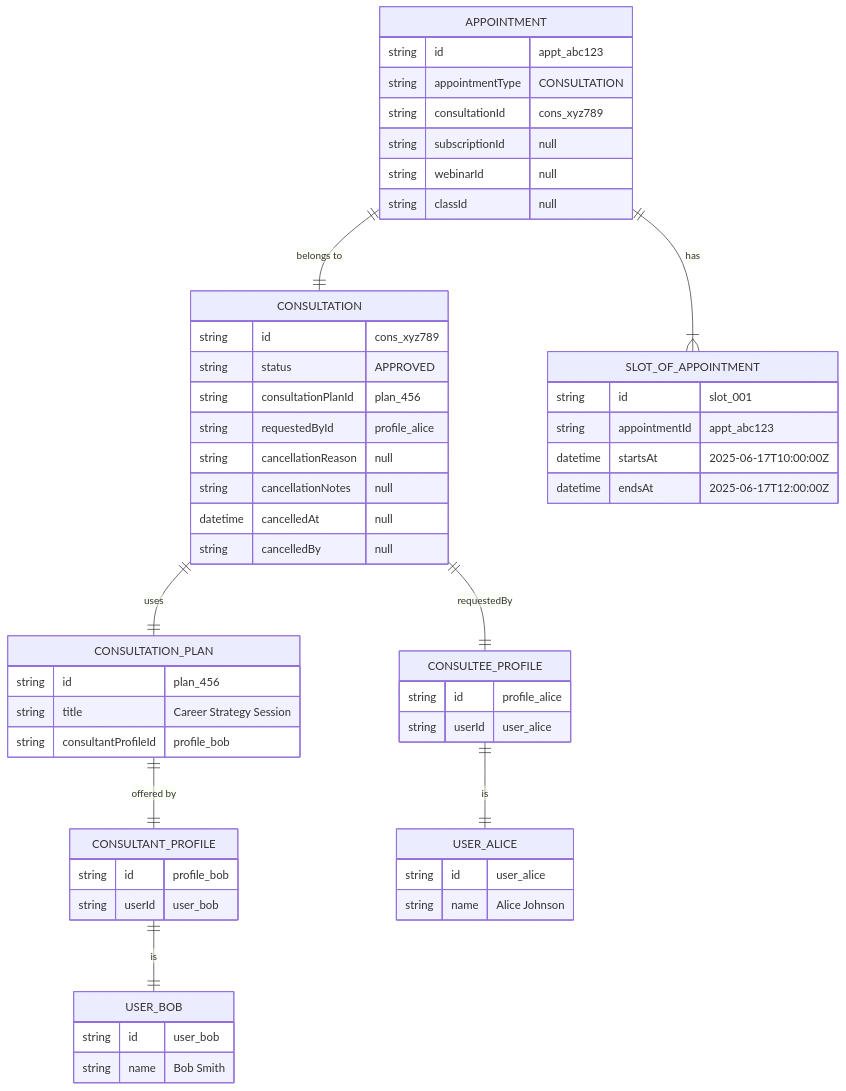
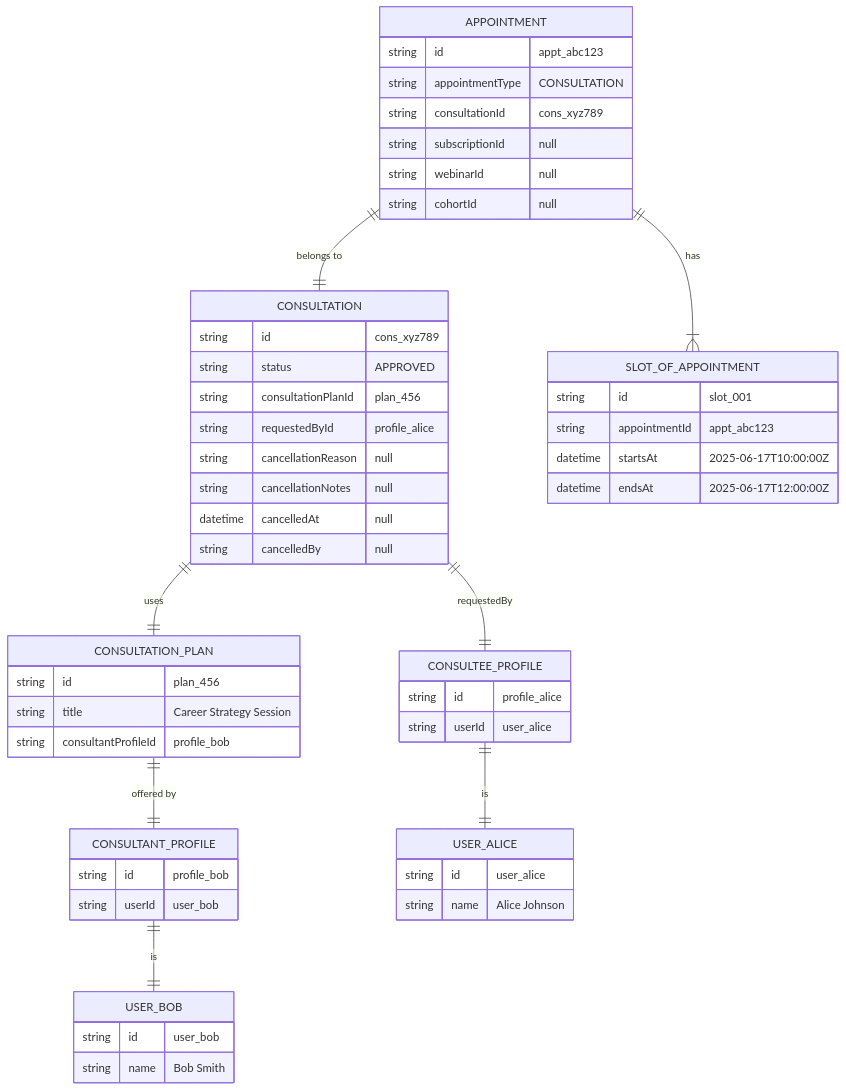
Before and after one commit to Practitionist/familiarise_web: the fourth of 14 diagrams in docs/booking/08-cancellation-flow.md, drawn with Mermaid. The commit also changed other lines of this file and 89 other files, not shown here.

````diff
--- a/docs/booking/08-cancellation-flow.md
+++ b/docs/booking/08-cancellation-flow.md
@@ -349,63 +349,63 @@
 ```mermaid
 erDiagram
     APPOINTMENT {
         string id "appt_abc123"
         string appointmentType "CONSULTATION"
         string consultationId "cons_xyz789"
         string subscriptionId "null"
         string webinarId "null"
-        string classId "null"
+        string cohortId "null"
     }
 
     CONSULTATION {
         string id "cons_xyz789"
         string status "APPROVED"
         string consultationPlanId "plan_456"
         string requestedById "profile_alice"
         string cancellationReason "null"
         string cancellationNotes "null"
         datetime cancelledAt "null"
         string cancelledBy "null"
     }
 
     CONSULTATION_PLAN {
         string id "plan_456"
         string title "Career Strategy Session"
         string consultantProfileId "profile_bob"
     }
 
     SLOT_OF_APPOINTMENT {
         string id "slot_001"
         string appointmentId "appt_abc123"
         datetime startsAt "2025-06-17T10:00:00Z"
         datetime endsAt "2025-06-17T12:00:00Z"
     }
 
     CONSULTEE_PROFILE {
         string id "profile_alice"
         string userId "user_alice"
     }
 
     CONSULTANT_PROFILE {
         string id "profile_bob"
         string userId "user_bob"
     }
 
     USER_ALICE {
         string id "user_alice"
         string name "Alice Johnson"
     }
 
     USER_BOB {
         string id "user_bob"
         string name "Bob Smith"
     }
 
     APPOINTMENT ||--|| CONSULTATION : "belongs to"
     APPOINTMENT ||--|{ SLOT_OF_APPOINTMENT : "has"
     CONSULTATION ||--|| CONSULTATION_PLAN : "uses"
     CONSULTATION ||--|| CONSULTEE_PROFILE : "requestedBy"
     CONSULTATION_PLAN ||--|| CONSULTANT_PROFILE : "offered by"
     CONSULTEE_PROFILE ||--|| USER_ALICE : "is"
     CONSULTANT_PROFILE ||--|| USER_BOB : "is"
 ```
````
